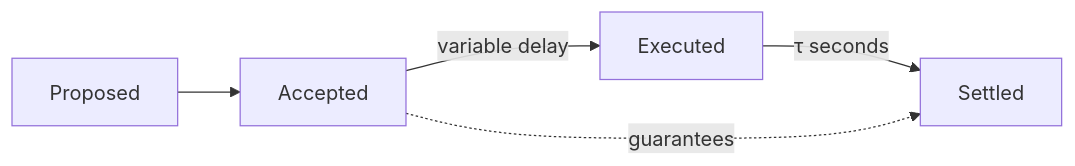
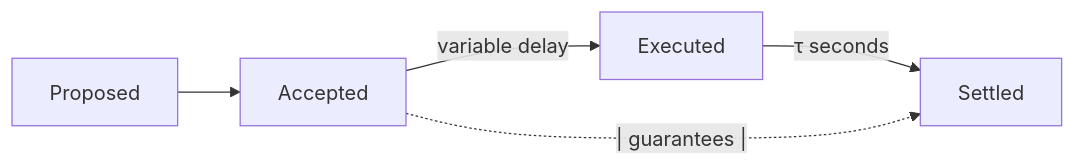
Before and after one commit to StephenButtolph/ACPs: the second of 3 diagrams in ACPs/194-streaming-asynchronous-execution/README.md, drawn with Mermaid.

````diff
--- a/ACPs/194-streaming-asynchronous-execution/README.md
+++ b/ACPs/194-streaming-asynchronous-execution/README.md
@@ -54,7 +54,7 @@
 ```mermaid
 flowchart LR
     I[Proposed] --> A[Accepted]
-    A -->|variable delay| E[Executed]
-    E -->|τ seconds| S[Settled]
-    A -. guarantees .-> S
+    A -->| variable delay | E[Executed]
+    E -->| τ seconds | S[Settled]
+    A -. | guarantees | .-> S
 ```
````
